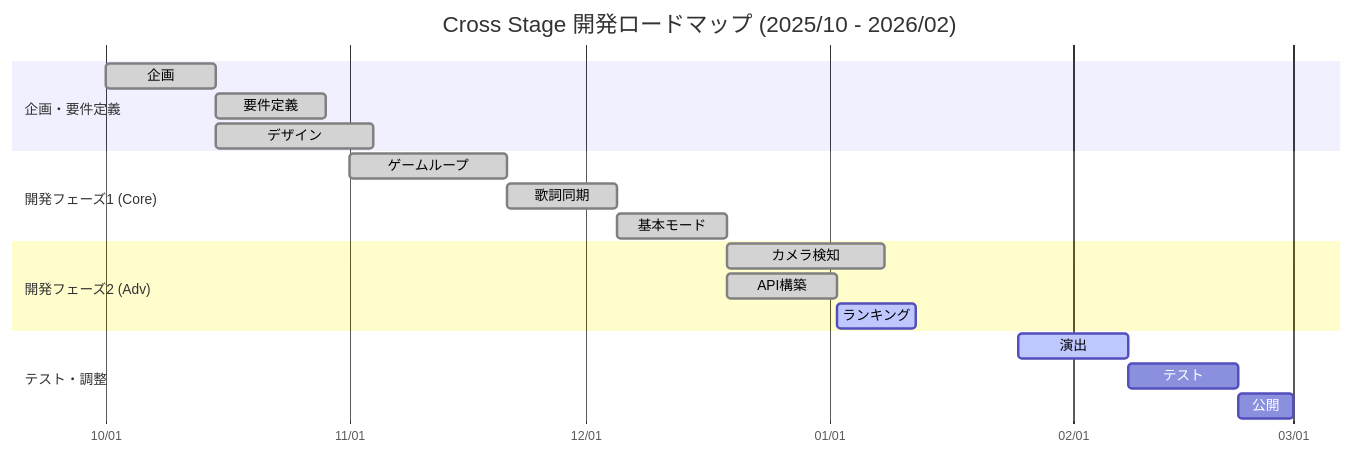
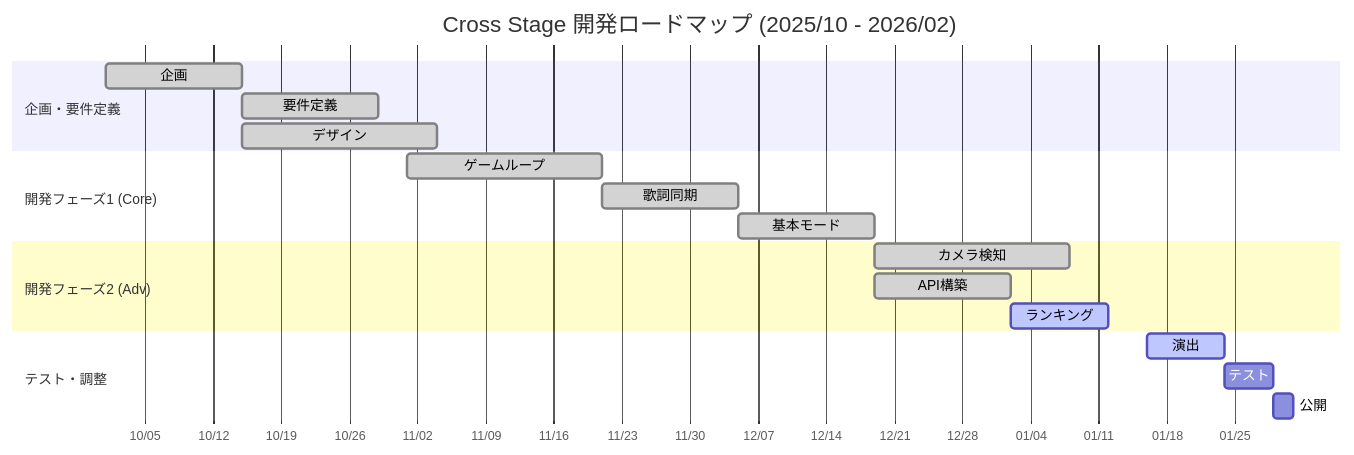
The sixth of 9 diagrams in README.md (syusyusyusyu/star), drawn with Mermaid before and after one commit.

Commit message:
fix: 開発スケジュールの演出、テスト、公開の期間を調整

````diff
--- a/README.md
+++ b/README.md
@@ -195,26 +195,26 @@
 ```mermaid
 gantt
     title Cross Stage 開発ロードマップ (2025/10 - 2026/02)
     dateFormat  YYYY-MM-DD
     axisFormat %m/%d
     
     section 企画・要件定義
     企画               :done, a1, 2025-10-01, 14d
     要件定義           :done, a2, after a1, 14d
     デザイン           :done, a3, after a1, 20d
     
     section 開発フェーズ1 (Core)
     ゲームループ       :done, b1, 2025-11-01, 20d
     歌詞同期           :done, b2, after b1, 14d
     基本モード         :done, b3, after b2, 14d
     
     section 開発フェーズ2 (Adv)
     カメラ検知         :done, c1, after b3, 20d
     API構築            :done, c2, after b3, 14d
     ランキング         :active, c3, after c2, 10d
     
     section テスト・調整
-    演出               :active, d1, 2026-01-25, 14d
-    テスト             :d2, after d1, 14d
-    公開               :d3, after d2, 7d
+    演出               :active, d1, 2026-01-16, 8d
+    テスト             :d2, after d1, 5d
+    公開               :d3, after d2, 2d
 ```
````
